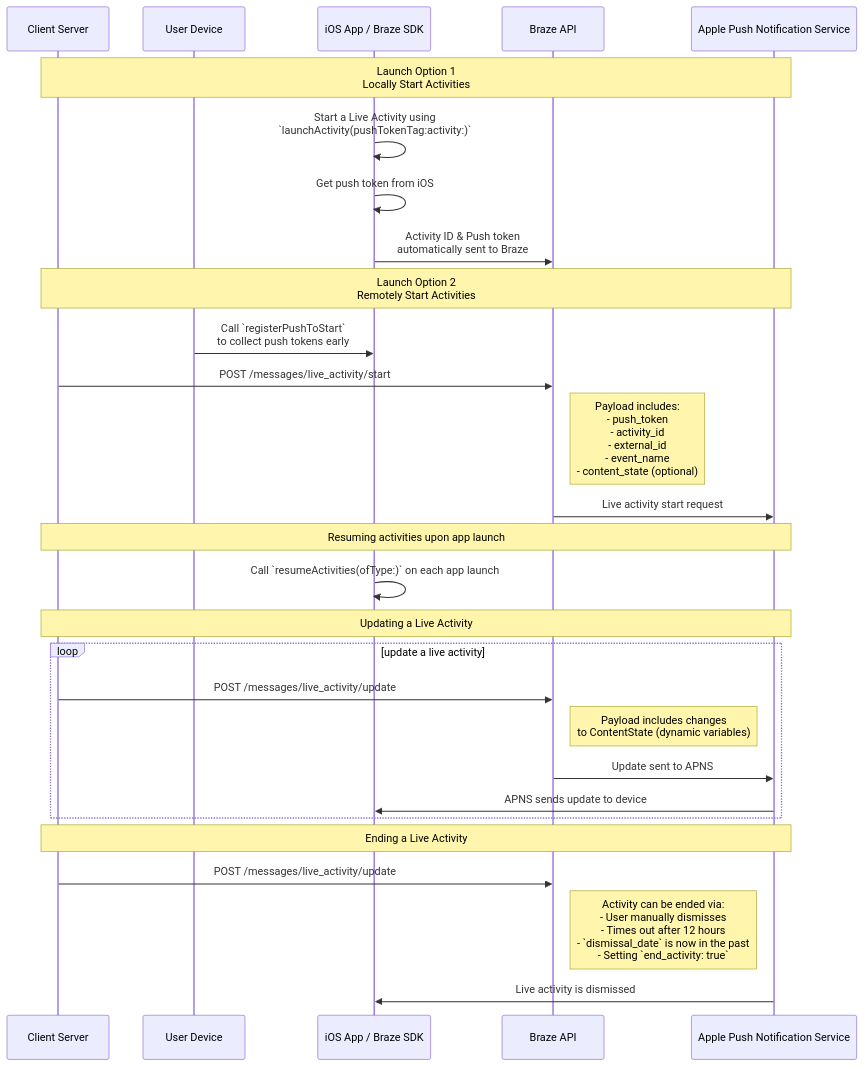
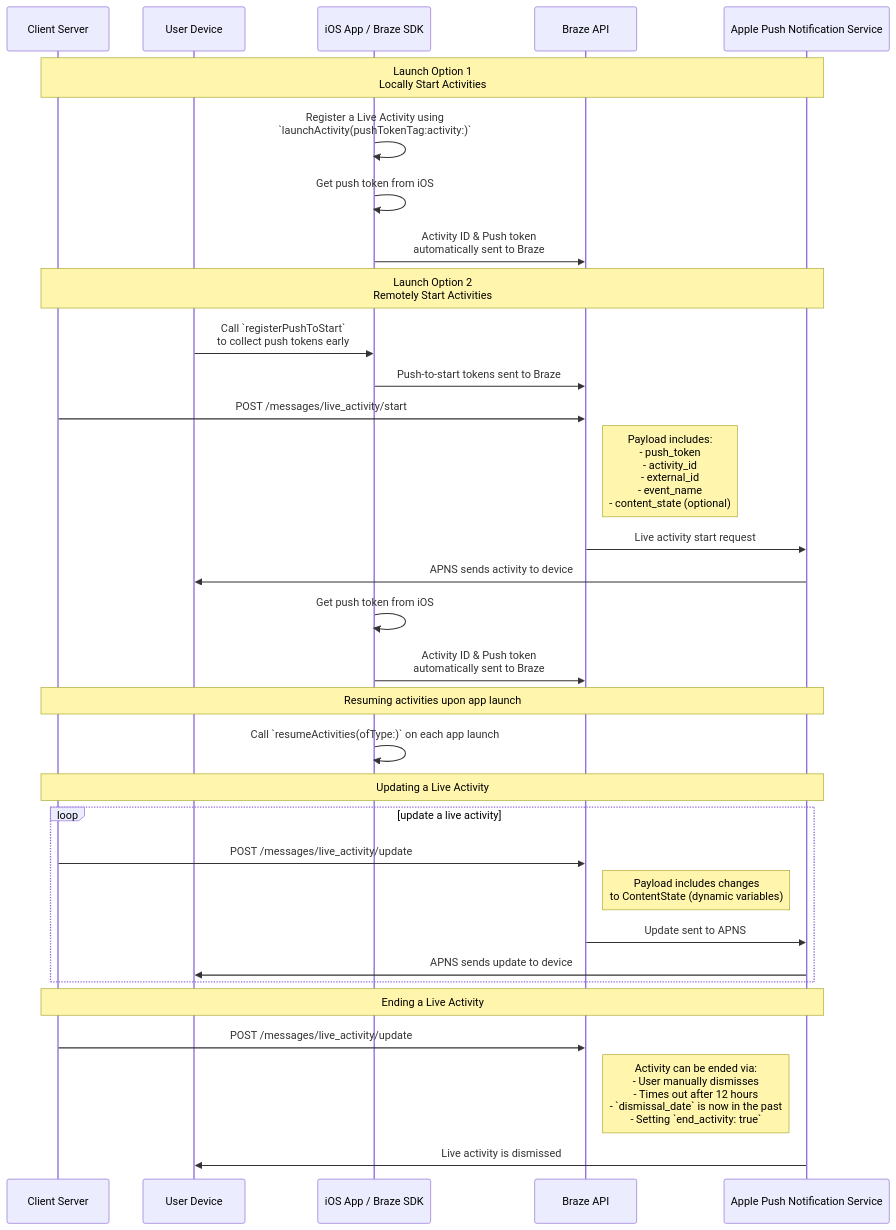
One commit to braze-inc/braze-docs changed the diagram in _docs/_developer_guide/platforms/swift/live_activities.md. Above: the diagram before and after it, drawn with Mermaid. The commit also changed other lines of this file, not shown here.

Commit message:
Apply suggestions from code review

````diff
--- a/_docs/_developer_guide/platforms/swift/live_activities.md
+++ b/_docs/_developer_guide/platforms/swift/live_activities.md
@@ -41,34 +41,38 @@
 ```mermaid
 ---
 config:
   theme: mc
 ---
 sequenceDiagram
   participant Server as Client Server
   participant Device as User Device
   participant App as iOS App / Braze SDK
   participant BrazeAPI as Braze API
   participant APNS as Apple Push Notification Service
   Note over Server, APNS: Launch Option 1<br/>Locally Start Activities
-  App ->> App: Start a Live Activity using <br>`launchActivity(pushTokenTag:activity:)`
+  App ->> App: Register a Live Activity using <br>`launchActivity(pushTokenTag:activity:)`
   App ->> App: Get push token from iOS
   App ->> BrazeAPI: Activity ID & Push token<br>automatically sent to Braze
   Note over Server, APNS: Launch Option 2<br/>Remotely Start Activities
   Device ->> App: Call `registerPushToStart`<br>to collect push tokens early
+  App ->> BrazeAPI: Push-to-start tokens sent to Braze
   Server ->> BrazeAPI: POST /messages/live_activity/start
   Note right of BrazeAPI: Payload includes:<br>- push_token<br>- activity_id<br>- external_id<br>- event_name<br>- content_state (optional)
   BrazeAPI ->> APNS: Live activity start request
+  APNS ->> Device: APNS sends activity to device
+  App ->> App: Get push token from iOS
+  App ->> BrazeAPI: Activity ID & Push token<br>automatically sent to Braze
   Note over Server, APNS: Resuming activities upon app launch
   App ->> App: Call `resumeActivities(ofType:)` on each app launch
   Note over Server, APNS: Updating a Live Activity
   loop update a live activity
   Server ->> BrazeAPI: POST /messages/live_activity/update
   Note right of BrazeAPI: Payload includes changes<br>to ContentState (dynamic variables)
   BrazeAPI ->> APNS: Update sent to APNS
-  APNS ->> App: APNS sends update to device
+  APNS ->> Device: APNS sends update to device
   end
   Note over Server, APNS: Ending a Live Activity
   Server ->> BrazeAPI: POST /messages/live_activity/update
   Note right of BrazeAPI: Activity can be ended via:<br> - User manually dismisses<br>- Times out after 12 hours<br>- `dismissal_date` is now in the past<br>- Setting `end_activity: true`
-  APNS ->> App: Live activity is dismissed
+  APNS ->> Device: Live activity is dismissed
 ```
````
